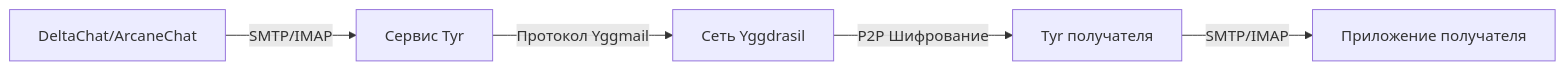
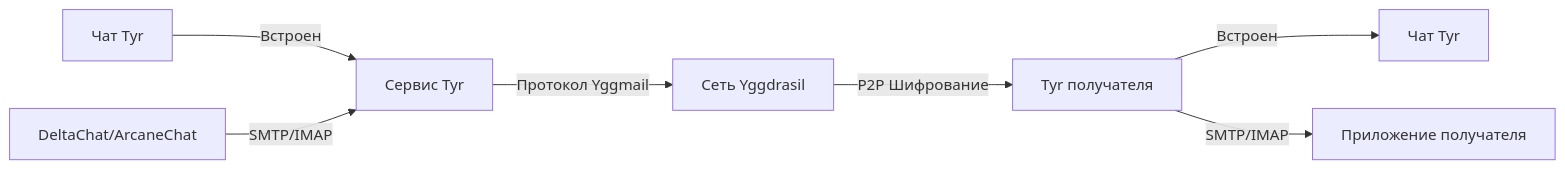
One commit to BormentalAndrey/Tyr changed the diagram in README.ru.md. Above: the diagram before and after it, drawn with Mermaid. The commit also changed other lines of this file and 101 other files, not shown here.

````diff
--- a/README.ru.md
+++ b/README.ru.md
@@ -69,7 +70,9 @@
 ```mermaid
 graph LR
-    A[DeltaChat/ArcaneChat] -->|SMTP/IMAP| B[Сервис Tyr]
-    B -->|Протокол Yggmail| C[Сеть Yggdrasil]
-    C -->|P2P Шифрование| D[Tyr получателя]
-    D -->|SMTP/IMAP| E[Приложение получателя]
+    A[Чат Tyr] -->|Встроен| B[Сервис Tyr]
+    C[DeltaChat/ArcaneChat] -->|SMTP/IMAP| B
+    B -->|Протокол Yggmail| D[Сеть Yggdrasil]
+    D -->|P2P Шифрование| E[Tyr получателя]
+    E -->|Встроен| F[Чат Tyr]
+    E -->|SMTP/IMAP| G[Приложение получателя]
 ```
````
